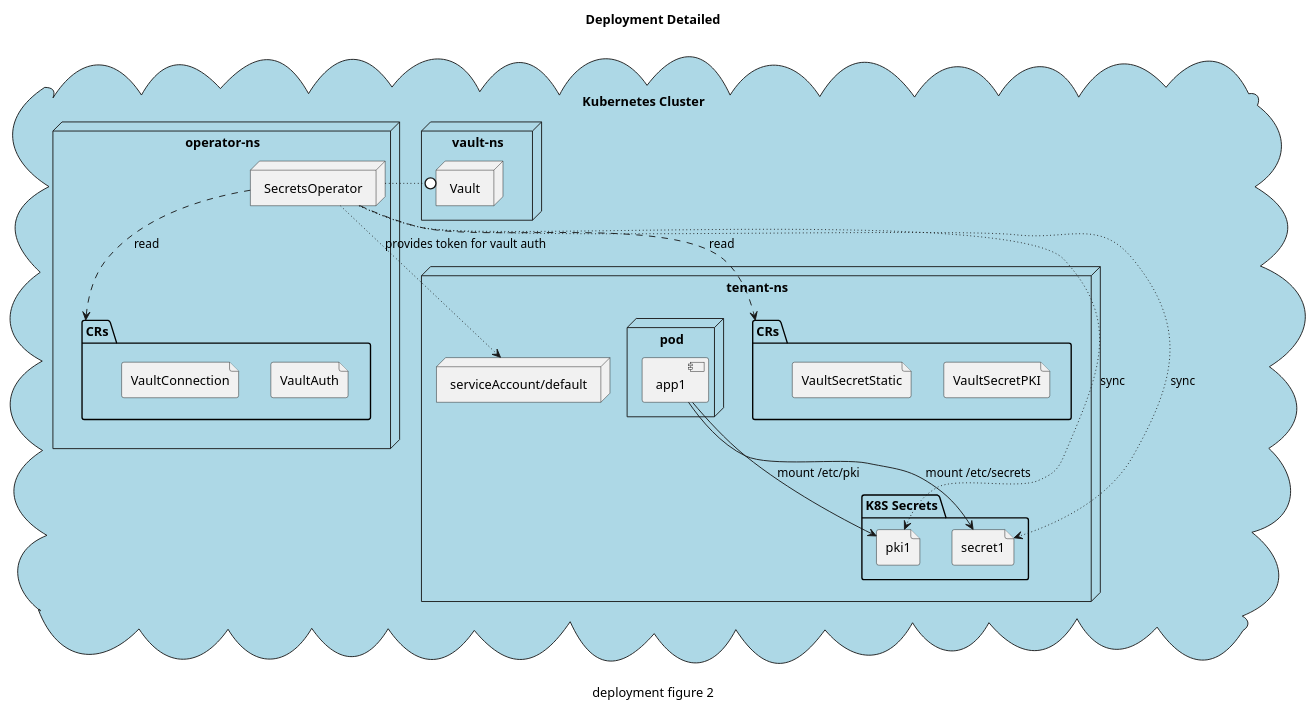
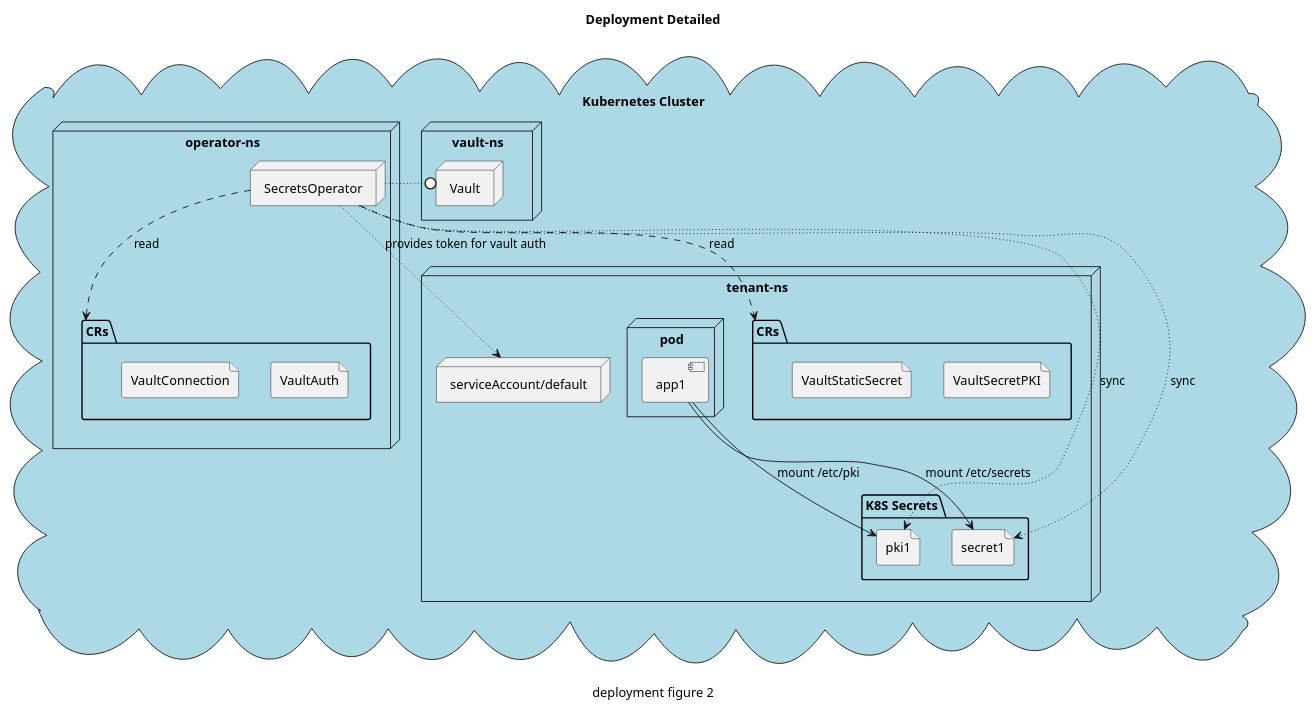
One commit to hashicorp/vault-secrets-operator changed the third of 4 diagrams in docs/diags/deployment.puml. Above: the diagram before and after it, drawn with PlantUML. The commit also changed 18 other files, not shown here.

Commit message:
VaultSecret --> VaultStaticSecret

```diff
--- a/docs/diags/deployment.puml
+++ b/docs/diags/deployment.puml
@@ -77,40 +77,40 @@
 @startuml
 title Deployment Detailed
 cloud "Kubernetes Cluster"#LightBlue {
     node vault-ns {
         node Vault as vault
     }
     node operator-ns {
         folder CRs as crs1 {
             file "VaultAuth" as auth
             file "VaultConnection" as conn
         }
         node SecretsOperator as operator
     }
 
     operator -[dashed]-> crs1 : read
     operator -[dotted]0 vault
 
     node tenant-ns {
         node "serviceAccount/default" as sa
         folder CRs {
             file "VaultSecretPKI"
-            file "VaultSecretStatic"
+            file "VaultStaticSecret"
         }
         folder "K8S Secrets" {
             file "pki1" as pki1
             file "secret1" as secret1
         }
         node pod as pod1 {
             component app1
         }
         app1 --> pki1 : mount /etc/pki
         app1 --> secret1 : mount /etc/secrets
     }
     operator -[dashed]-> CRs : read
     operator -[dotted]-> pki1 : sync
     operator -[dotted]-> secret1 : sync
     operator -[dotted]-> sa : provides token for vault auth
 }
 caption deployment figure 2
 @enduml
```
